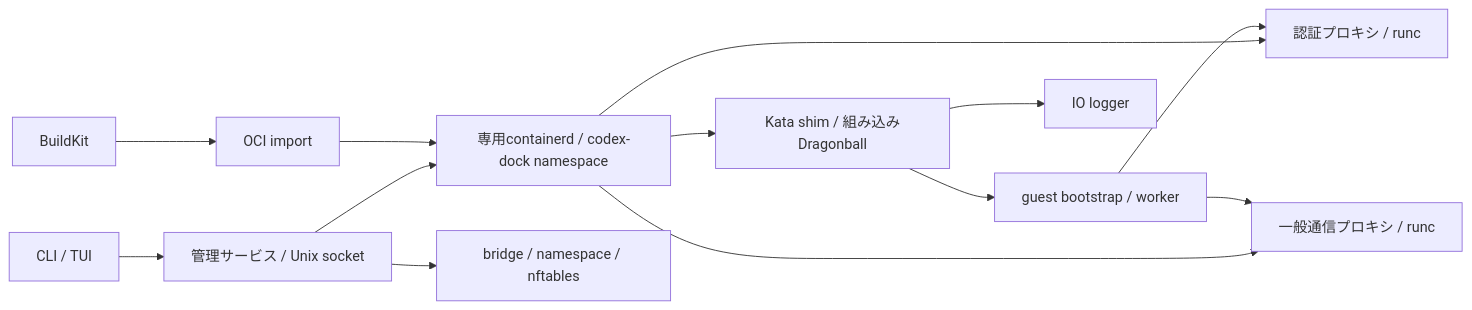
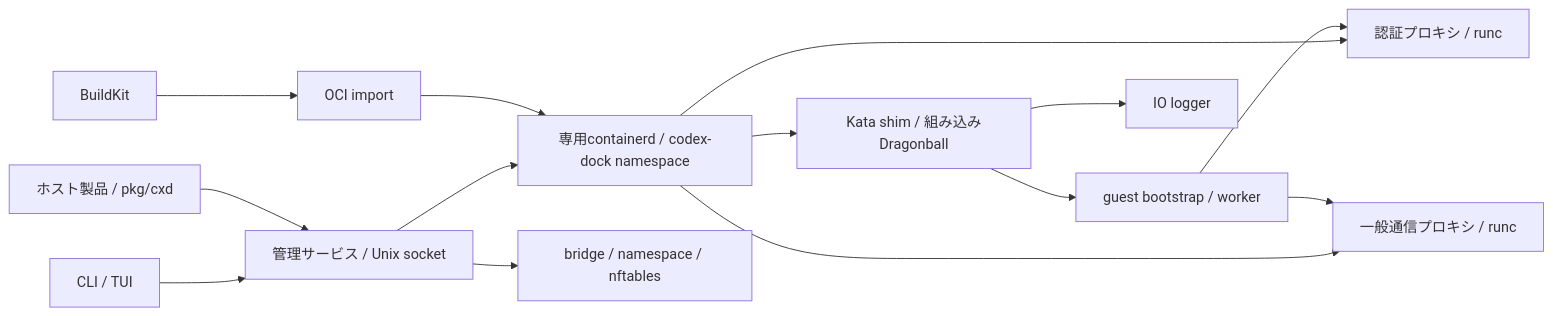
The diagram in doc/architecture.md (pacificbelt30/sandbox-codex), drawn with Mermaid before and after one commit. The commit also changed other lines of this file and 11 other files, not shown here.

````diff
--- a/doc/architecture.md
+++ b/doc/architecture.md
@@ -9,15 +9,16 @@
 ```mermaid
 flowchart LR
   CLI[CLI / TUI] --> Node[管理サービス / Unix socket]
+  SDK[ホスト製品 / pkg/cxd] --> Node
   Node --> CD[専用containerd / codex-dock namespace]
   CD --> Kata[Kata shim / 組み込みDragonball]
   Kata --> VM[guest bootstrap / worker]
   Kata --> Log[IO logger]
   CD --> Auth[認証プロキシ / runc]
   CD --> Egress[一般通信プロキシ / runc]
   VM --> Auth
   VM --> Egress
   Node --> Net[bridge / namespace / nftables]
   Build[BuildKit] --> OCI[OCI import]
   OCI --> CD
 ```
````
